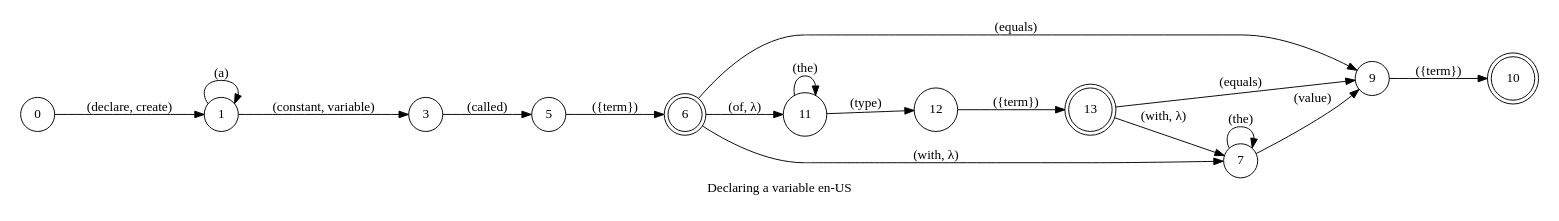
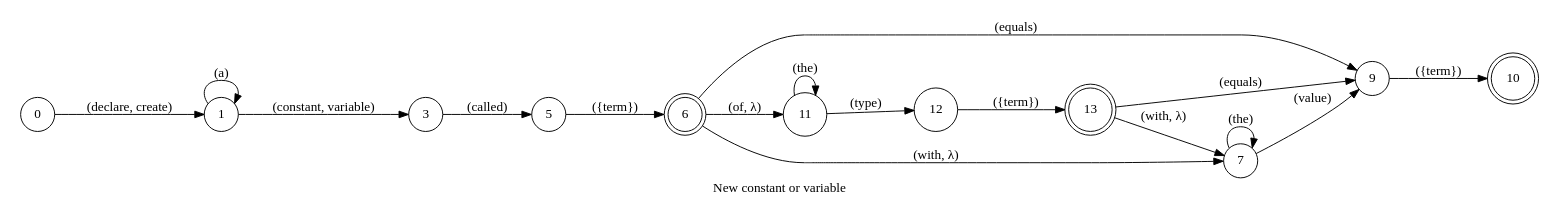
Before and after one commit to pedrooaugusto/speech-to-code: the diagram in spoken/src/modules/typescript/declare_variable/phrase_en-US.dot, drawn with Graphviz. The commit also changed 34 other files, not shown here.

```diff
--- a/spoken/src/modules/typescript/declare_variable/phrase_en-US.dot
+++ b/spoken/src/modules/typescript/declare_variable/phrase_en-US.dot
@@ -1,28 +1,28 @@
 digraph DeclareVariable {
     id="declare_variable";
-    label="Declaring a variable en-US";
+    label="New constant or variable";
     lang="en-US";
     langName="English";
     pad="0.2";
     rankdir=LR;
     node[shape=doublecircle]; 6 13 10;
     node[shape=circle];
 
     0 -> 1 [label=" (declare, create)"];
     1 -> 1 [label=" (a)"];
     1 -> 3 [label=" (constant, variable)", store=memType];
     3 -> 5 [label=" (called)"];
     5 -> 6 [label=" ({term})", store=name];
     6 -> 11 [label=" (of, λ)"];
     11 -> 11 [label="(the)"]
     11 -> 12 [label=" (type)"];
     12 -> 13 [label=" ({term})", store=type];
     {6 13} -> 9 [label=" (equals)"];
     {13 6} -> 7 [label=" (with, λ)"];
     7 -> 7 [label=" (the)"];
     7 -> 9 [label=" (value)"];
     9 -> 10 [label=" ({term})", store=value];
 
-    title="New variable or constant";
+    title="New constant or variable";
     desc="Declares a new constant or variable in the current line";
 }
```
